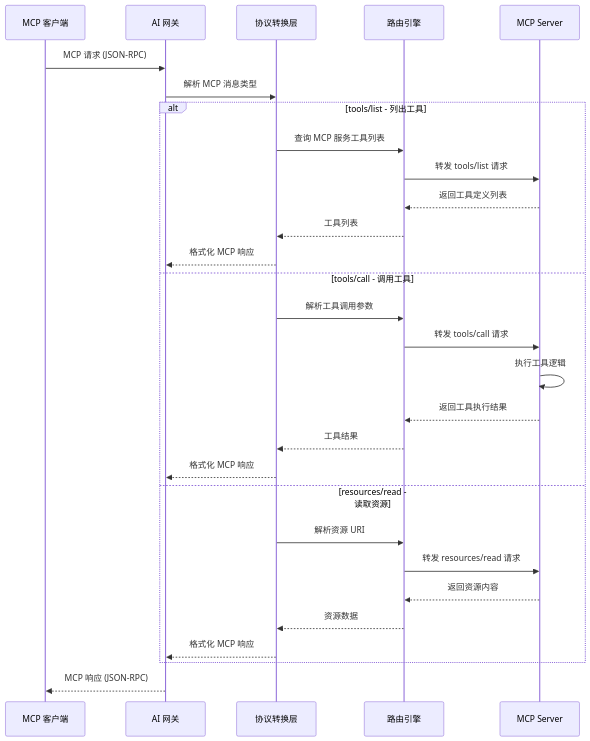
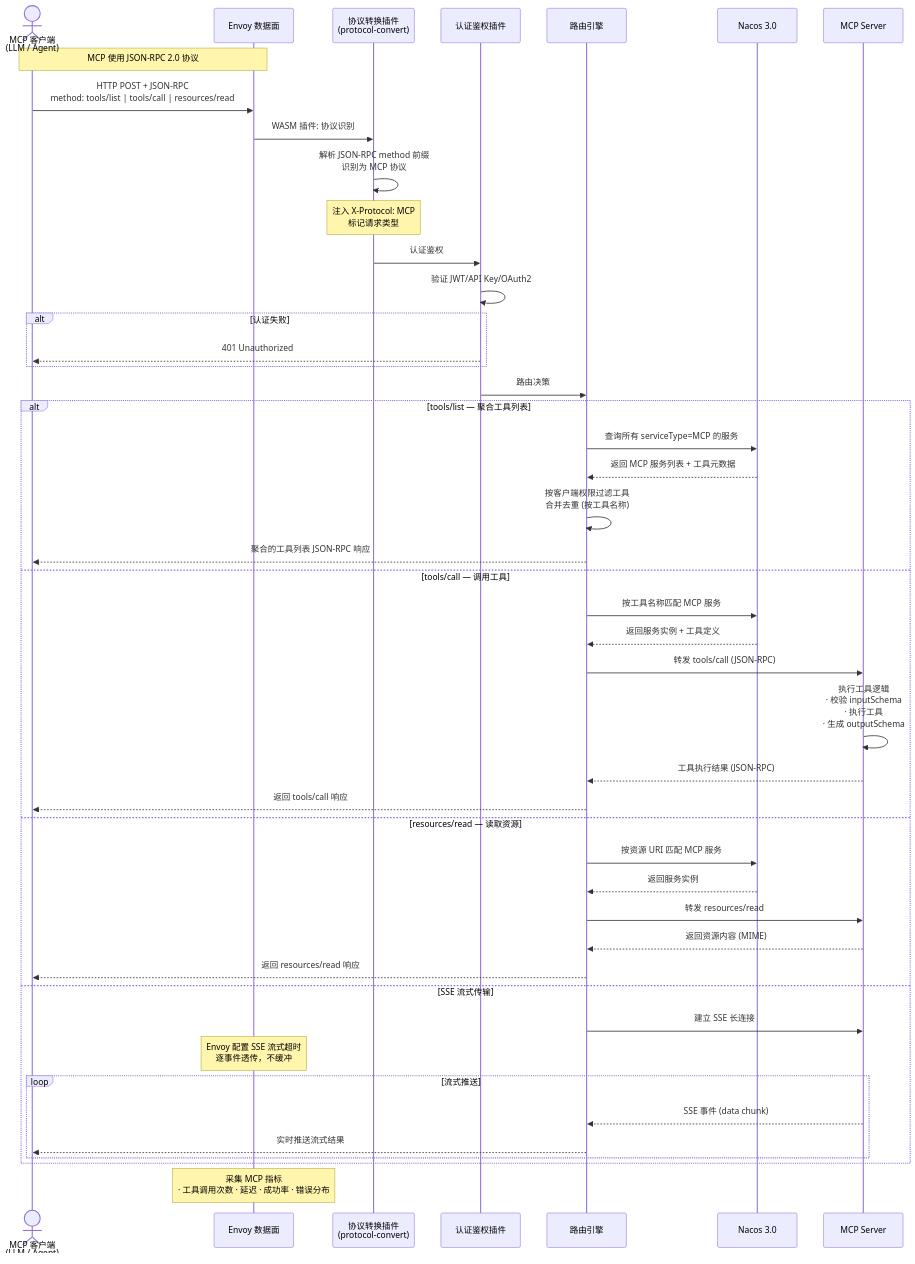
One commit to shinSG/ai-gateway changed the diagram in docs/diagrams/mcp-flow.mmd. Above: the diagram before and after it, drawn with Mermaid. The commit also changed 21 other files, not shown here.

Commit message:
Refactor system architecture diagram: update layout, add new components, and improve connections for clarity

```diff
--- a/docs/diagrams/mcp-flow.mmd
+++ b/docs/diagrams/mcp-flow.mmd
@@ -1,32 +1,56 @@
 sequenceDiagram
-    participant Client as MCP 客户端
-    participant GW as AI 网关
-    participant Protocol as 协议转换层
+    actor MCPClient as MCP 客户端<br/>(LLM / Agent)
+    participant Envoy as Envoy 数据面
+    participant Protocol as 协议转换插件<br/>(protocol-convert)
+    participant Auth as 认证鉴权插件
     participant Router as 路由引擎
-    participant MCP as MCP Server
+    participant Nacos as Nacos 3.0
+    participant MCPServer as MCP Server
 
-    Client->>GW: MCP 请求 (JSON-RPC)
-    GW->>Protocol: 解析 MCP 消息类型
+    Note over MCPClient,Envoy: MCP 使用 JSON-RPC 2.0 协议
 
-    alt tools/list - 列出工具
-        Protocol->>Router: 查询 MCP 服务工具列表
-        Router->>MCP: 转发 tools/list 请求
-        MCP-->>Router: 返回工具定义列表
-        Router-->>Protocol: 工具列表
-        Protocol-->>GW: 格式化 MCP 响应
-    else tools/call - 调用工具
-        Protocol->>Router: 解析工具调用参数
-        Router->>MCP: 转发 tools/call 请求
-        MCP->>MCP: 执行工具逻辑
-        MCP-->>Router: 返回工具执行结果
-        Router-->>Protocol: 工具结果
-        Protocol-->>GW: 格式化 MCP 响应
-    else resources/read - 读取资源
-        Protocol->>Router: 解析资源 URI
-        Router->>MCP: 转发 resources/read 请求
-        MCP-->>Router: 返回资源内容
-        Router-->>Protocol: 资源数据
-        Protocol-->>GW: 格式化 MCP 响应
+    MCPClient->>Envoy: HTTP POST + JSON-RPC<br/>method: tools/list | tools/call | resources/read
+
+    Envoy->>Protocol: WASM 插件: 协议识别
+    Protocol->>Protocol: 解析 JSON-RPC method 前缀<br/>识别为 MCP 协议
+    Note over Protocol: 注入 X-Protocol: MCP<br/>标记请求类型
+
+    Protocol->>Auth: 认证鉴权
+    Auth->>Auth: 验证 JWT/API Key/OAuth2
+    alt 认证失败
+        Auth-->>MCPClient: 401 Unauthorized
     end
 
-    GW-->>Client: MCP 响应 (JSON-RPC)
+    Auth->>Router: 路由决策
+
+    alt tools/list — 聚合工具列表
+        Router->>Nacos: 查询所有 serviceType=MCP 的服务
+        Nacos-->>Router: 返回 MCP 服务列表 + 工具元数据
+        Router->>Router: 按客户端权限过滤工具<br/>合并去重 (按工具名称)
+        Router-->>MCPClient: 聚合的工具列表 JSON-RPC 响应
+
+    else tools/call — 调用工具
+        Router->>Nacos: 按工具名称匹配 MCP 服务
+        Nacos-->>Router: 返回服务实例 + 工具定义
+        Router->>MCPServer: 转发 tools/call (JSON-RPC)
+        MCPServer->>MCPServer: 执行工具逻辑<br/>· 校验 inputSchema<br/>· 执行工具<br/>· 生成 outputSchema
+        MCPServer-->>Router: 工具执行结果 (JSON-RPC)
+        Router-->>MCPClient: 返回 tools/call 响应
+
+    else resources/read — 读取资源
+        Router->>Nacos: 按资源 URI 匹配 MCP 服务
+        Nacos-->>Router: 返回服务实例
+        Router->>MCPServer: 转发 resources/read
+        MCPServer-->>Router: 返回资源内容 (MIME)
+        Router-->>MCPClient: 返回 resources/read 响应
+
+    else SSE 流式传输
+        Router->>MCPServer: 建立 SSE 长连接
+        Note over Envoy: Envoy 配置 SSE 流式超时<br/>逐事件透传，不缓冲
+        loop 流式推送
+            MCPServer-->>Router: SSE 事件 (data chunk)
+            Router-->>MCPClient: 实时推送流式结果
+        end
+    end
+
+    Note over Envoy: 采集 MCP 指标<br/>· 工具调用次数 · 延迟 · 成功率 · 错误分布
```
